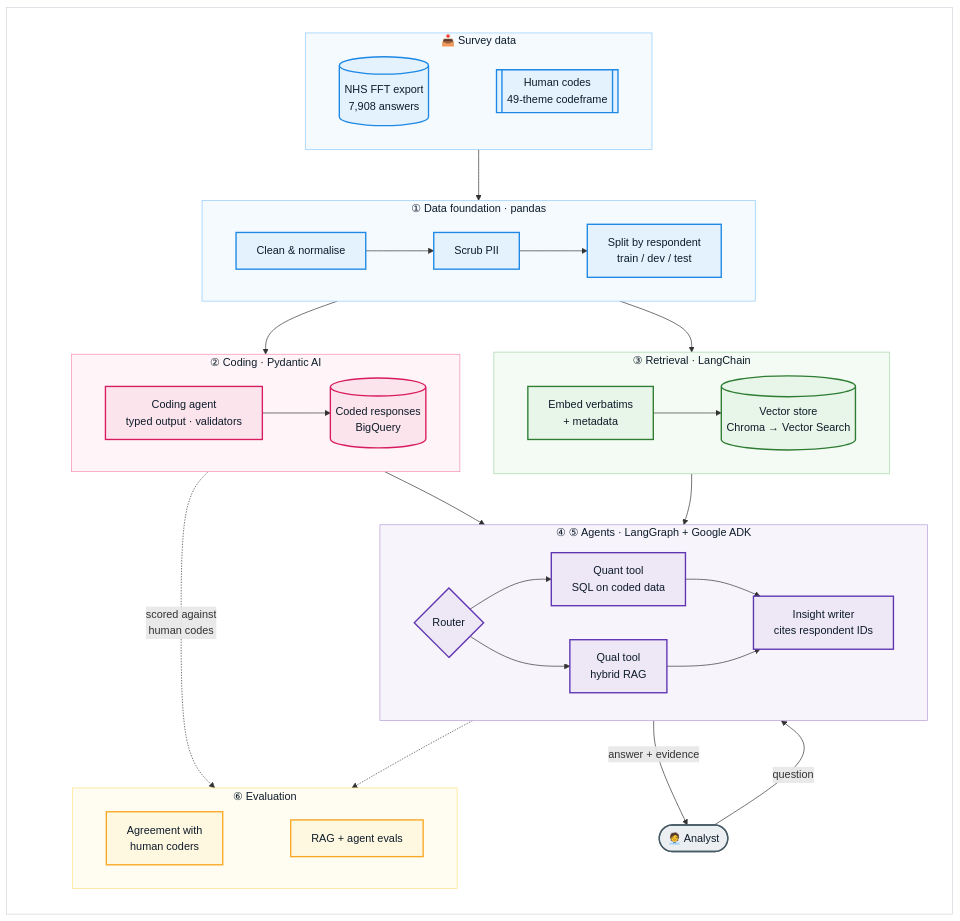
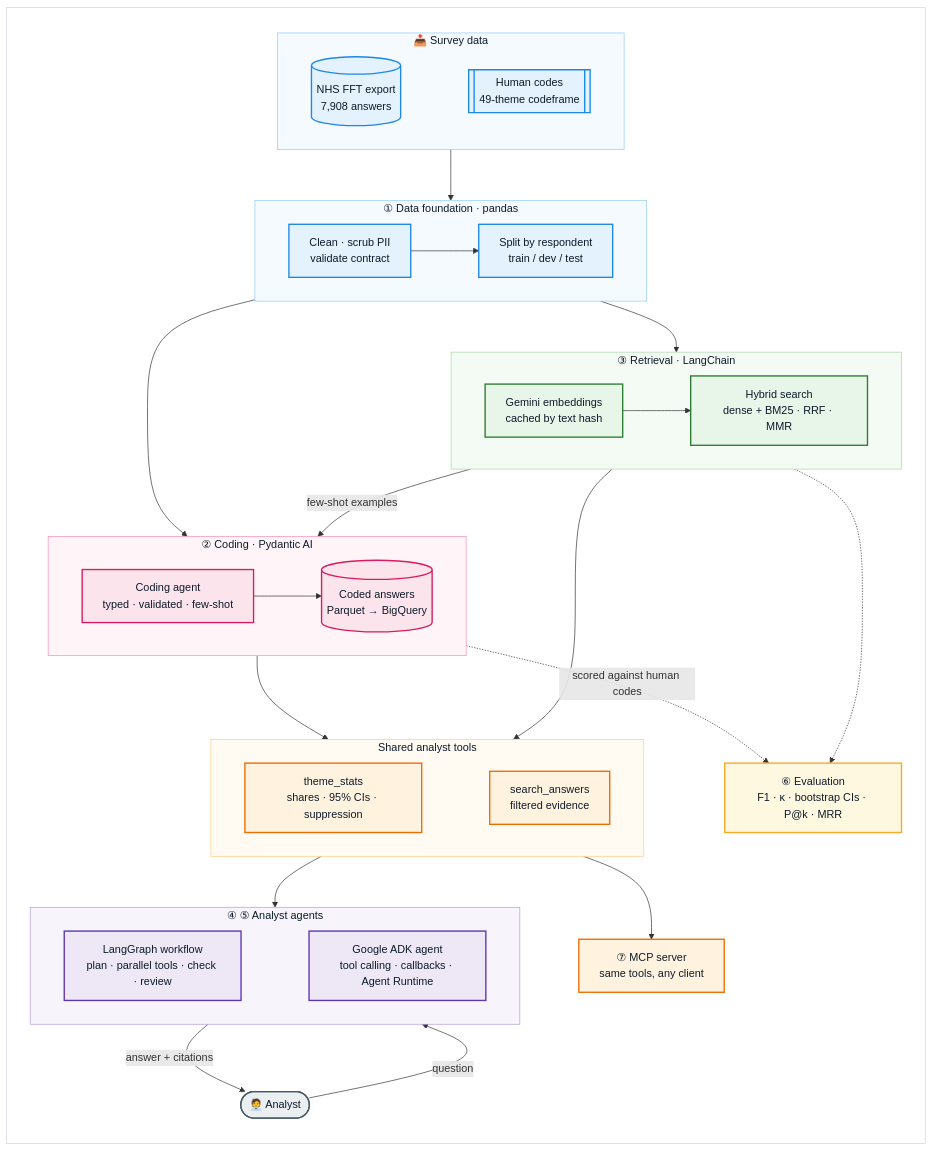
One commit to ryan-backer-ds/agentic-verbatim-coding changed the first of 7 diagrams in README.md. Above: the diagram before and after it, drawn with Mermaid. The commit also changed other lines of this file, not shown here.

Commit message:
Document the finished system with real evaluation results

````diff
--- a/README.md
+++ b/README.md
@@ -83,71 +84,75 @@
 ```mermaid
 %%{init: {'theme': 'default'}}%%
 flowchart TB
     subgraph FRAME[" "]
         direction TB
         subgraph SRC["📥 Survey data"]
             direction LR
             RAW[("NHS FFT export<br/>7,908 answers")] ~~~ GOLD[["Human codes<br/>49-theme codeframe"]]
         end
 
         subgraph S1["① Data foundation · pandas"]
             direction LR
-            CLEAN["Clean & normalise"] --> PII["Scrub PII"] --> SPLIT["Split by respondent<br/>train / dev / test"]
+            CLEAN["Clean · scrub PII<br/>validate contract"] --> SPLIT["Split by respondent<br/>train / dev / test"]
+        end
+
+        subgraph S3["③ Retrieval · LangChain"]
+            direction LR
+            EMB["Gemini embeddings<br/>cached by text hash"] --> HYB["Hybrid search<br/>dense + BM25 · RRF · MMR"]
         end
 
         subgraph S2["② Coding · Pydantic AI"]
             direction LR
-            CODER["Coding agent<br/>typed output · validators"] --> CODED[("Coded responses<br/>BigQuery")]
+            CODER["Coding agent<br/>typed · validated · few-shot"] --> CODED[("Coded answers<br/>Parquet → BigQuery")]
         end
 
-        subgraph S3["③ Retrieval · LangChain"]
+        subgraph TOOLS["Shared analyst tools"]
             direction LR
-            EMB["Embed verbatims<br/>+ metadata"] --> VS[("Vector store<br/>Chroma → Vector Search")]
+            STATS["theme_stats<br/>shares · 95% CIs · suppression"] ~~~ QUOTES["search_answers<br/>filtered evidence"]
         end
 
-        subgraph S45["④ ⑤ Agents · LangGraph + Google ADK"]
+        subgraph S45["④ ⑤ Analyst agents"]
             direction LR
-            ROUTER{"Router"} --> QUANT["Quant tool<br/>SQL on coded data"]
-            ROUTER --> QUAL["Qual tool<br/>hybrid RAG"]
-            QUANT --> WRITER["Insight writer<br/>cites respondent IDs"]
-            QUAL --> WRITER
+            LG["LangGraph workflow<br/>plan · parallel tools · check · review"] ~~~ ADK["Google ADK agent<br/>tool calling · callbacks · Agent Runtime"]
         end
 
-        subgraph S6["⑥ Evaluation"]
-            direction LR
-            AGREE["Agreement with<br/>human coders"] ~~~ AGEVAL["RAG + agent evals"]
-        end
-
+        MCP["⑦ MCP server<br/>same tools, any client"]
+        S6["⑥ Evaluation<br/>F1 · κ · bootstrap CIs · P@k · MRR"]
         USER(["🧑‍💼 Analyst"])
 
         SRC --> S1
+        S1 --> S3
         S1 --> S2
-        S1 --> S3
-        S2 --> S45
-        S3 --> S45
+        S3 -- "few-shot examples" --> S2
+        S2 --> TOOLS
+        S3 --> TOOLS
+        TOOLS --> S45
+        TOOLS --> MCP
         USER -- "question" --> S45
-        S45 -- "answer + evidence" --> USER
-        S2 -. "scored against<br/>human codes" .-> S6
-        S45 -.-> S6
+        S45 -- "answer + citations" --> USER
+        S2 -. "scored against human codes" .-> S6
+        S3 -.-> S6
     end
 
     classDef data fill:#E3F2FD,stroke:#1E88E5,stroke-width:2px,color:#0D1B2A
     classDef pyd fill:#FCE4EC,stroke:#D81B60,stroke-width:2px,color:#0D1B2A
     classDef lc fill:#E8F5E9,stroke:#2E7D32,stroke-width:2px,color:#0D1B2A
     classDef agent fill:#EDE7F6,stroke:#5E35B1,stroke-width:2px,color:#0D1B2A
+    classDef tool fill:#FFF3E0,stroke:#EF6C00,stroke-width:2px,color:#0D1B2A
     classDef eval fill:#FFF8E1,stroke:#F9A825,stroke-width:2px,color:#0D1B2A
     classDef user fill:#ECEFF1,stroke:#455A64,stroke-width:2px,color:#0D1B2A
-    class RAW,GOLD,CLEAN,PII,SPLIT data
+    class RAW,GOLD,CLEAN,SPLIT data
     class CODER,CODED pyd
-    class EMB,VS lc
-    class ROUTER,QUANT,QUAL,WRITER agent
-    class AGREE,AGEVAL eval
+    class EMB,HYB lc
+    class LG,ADK agent
+    class STATS,QUOTES,MCP tool
+    class S6 eval
     class USER user
     style SRC fill:#F5FAFF,stroke:#90CAF9,color:#0D1B2A
     style S1 fill:#F5FAFF,stroke:#90CAF9,color:#0D1B2A
     style S2 fill:#FFF5F8,stroke:#F48FB1,color:#0D1B2A
     style S3 fill:#F4FBF4,stroke:#A5D6A7,color:#0D1B2A
+    style TOOLS fill:#FFFAF2,stroke:#FFCC80,color:#0D1B2A
     style S45 fill:#F7F4FC,stroke:#B39DDB,color:#0D1B2A
-    style S6 fill:#FFFDF2,stroke:#FFE082,color:#0D1B2A
     style FRAME fill:#FFFFFF,stroke:#D0D7DE,stroke-width:1px,color:#FFFFFF
 ```
````
